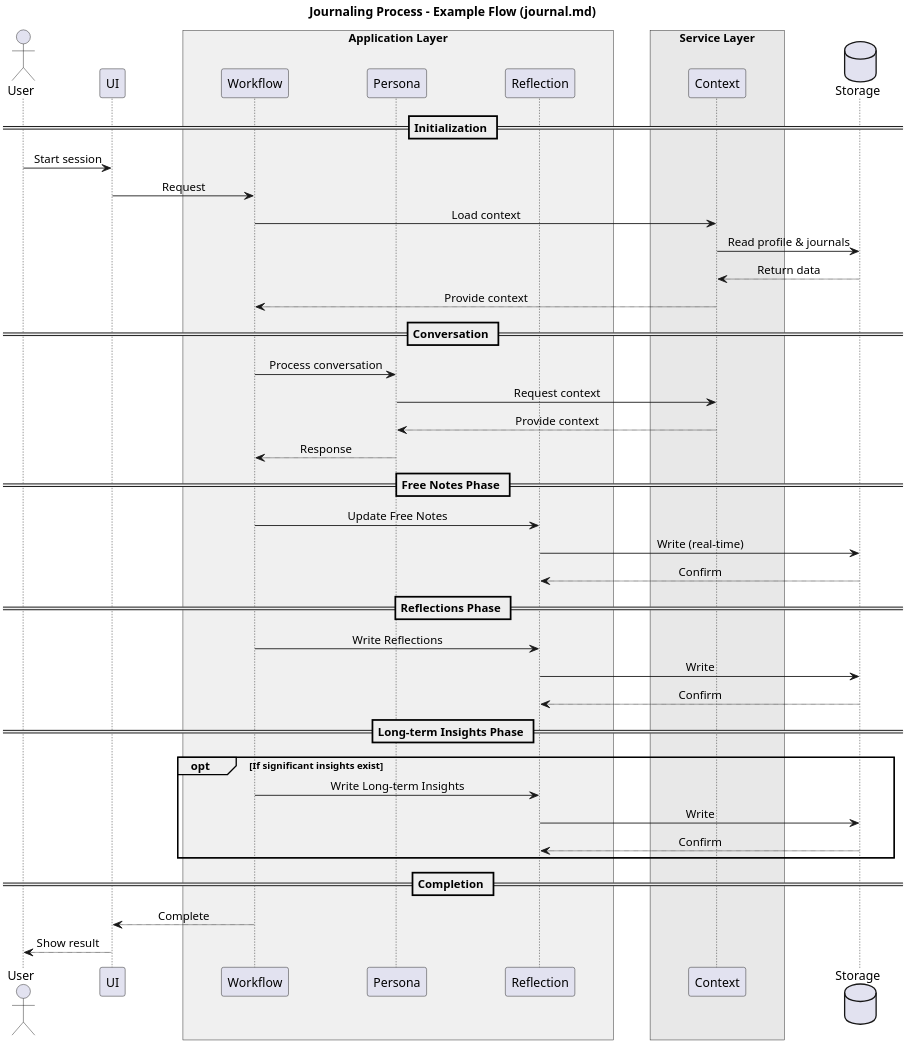
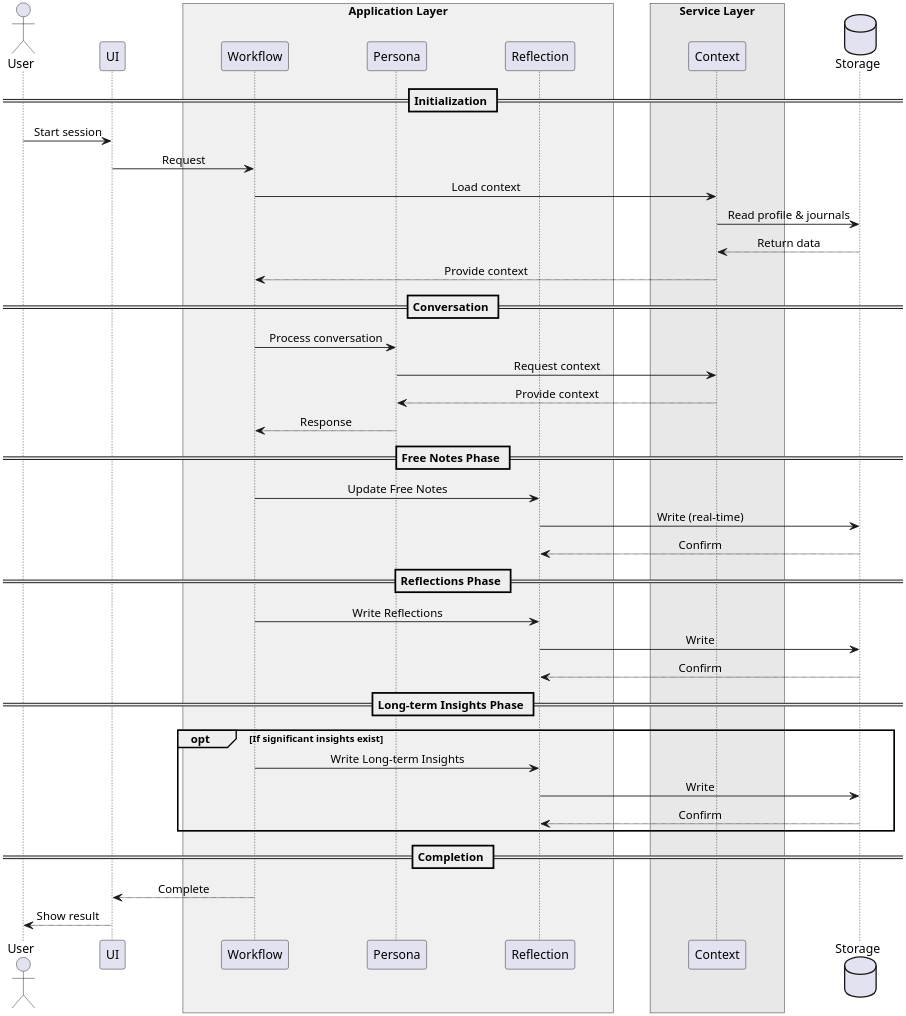
The diagram in docs/diagrams/src/sequence-diagram.wsd (hoetaek/reflective-conversational-journal), drawn with PlantUML before and after one commit. The commit also changed 1 other file, not shown here.

Commit message:
refactor: Remove title from sequence diagram for clarity and consistency

```diff
--- a/docs/diagrams/src/sequence-diagram.wsd
+++ b/docs/diagrams/src/sequence-diagram.wsd
@@ -1,57 +1,55 @@
 @startuml sequence-diagram
 skinparam defaultTextAlignment center
 skinparam dpi 300
 skinparam ParticipantPadding 40
 skinparam BoxPadding 20
-
-title Journaling Process - Example Flow (journal.md)
 
 actor User
 participant "UI" as UI
 box "Application Layer" #F0F0F0
     participant "Workflow" as Workflow
     participant "Persona" as Persona
     participant "Reflection" as Reflection
 end box
 
 box "Service Layer" #E8E8E8
     participant "Context" as Context
 end box
 database "Storage" as Storage
 
 == Initialization ==
 User -> UI : Start session
 UI -> Workflow : Request
 Workflow -> Context : Load context
 Context -> Storage : Read profile & journals
 Storage --> Context : Return data
 Context --> Workflow : Provide context
 
 == Conversation ==
 Workflow -> Persona : Process conversation
 Persona -> Context : Request context
 Context --> Persona : Provide context
 Persona --> Workflow : Response
 
 == Free Notes Phase ==
 Workflow -> Reflection : Update Free Notes
 Reflection -> Storage : Write (real-time)
 Storage --> Reflection : Confirm
 
 == Reflections Phase ==
 Workflow -> Reflection : Write Reflections
 Reflection -> Storage : Write
 Storage --> Reflection : Confirm
 
 == Long-term Insights Phase ==
 opt If significant insights exist
     Workflow -> Reflection : Write Long-term Insights
     Reflection -> Storage : Write
     Storage --> Reflection : Confirm
 end
 
 == Completion ==
 Workflow --> UI : Complete
 UI --> User : Show result
 
 @enduml
```
